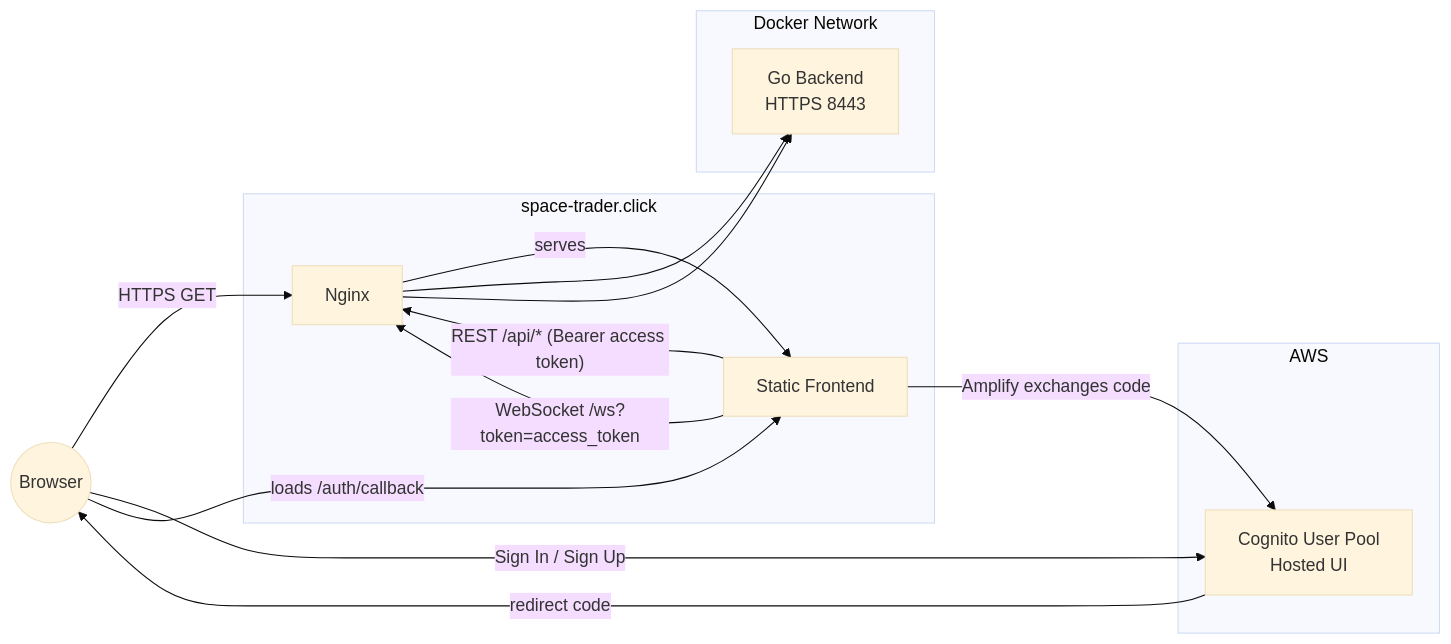
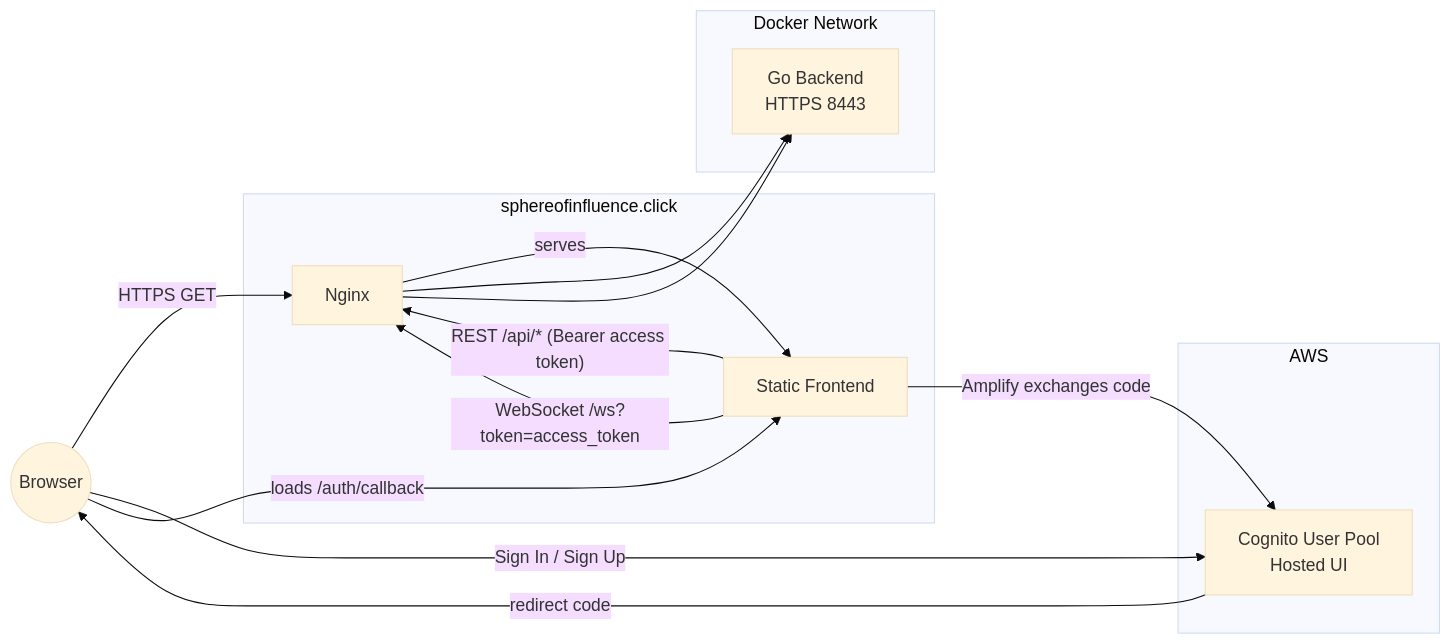
The diagram in README.md (johnlacomba/Game-SpaceTradingSim), drawn with Mermaid (base theme) before and after one commit. The commit also changed other lines of this file and 47 other files, not shown here.

````diff
--- a/README.md
+++ b/README.md
@@ -19,25 +19,25 @@
 ```mermaid
 flowchart LR
    User((Browser))
-   subgraph Edge [space-trader.click]
+   subgraph Edge [sphereofinfluence.click]
       Nginx
       FE[Static Frontend]
    end
 
    subgraph AppNet [Docker Network]
       BE[Go Backend\nHTTPS 8443]
    end
 
    subgraph AWS [AWS]
       Cognito[Cognito User Pool\nHosted UI]
    end
 
    User -- HTTPS GET --> Nginx
    Nginx -- serves --> FE
    User -- Sign In / Sign Up --> Cognito
    Cognito -- redirect code --> User
    User -- loads /auth/callback --> FE
    FE -- Amplify exchanges code --> Cognito
    FE -- REST /api/* (Bearer access token) --> Nginx --> BE
    FE -- WebSocket /ws?token=access_token --> Nginx --> BE
 ```
````
